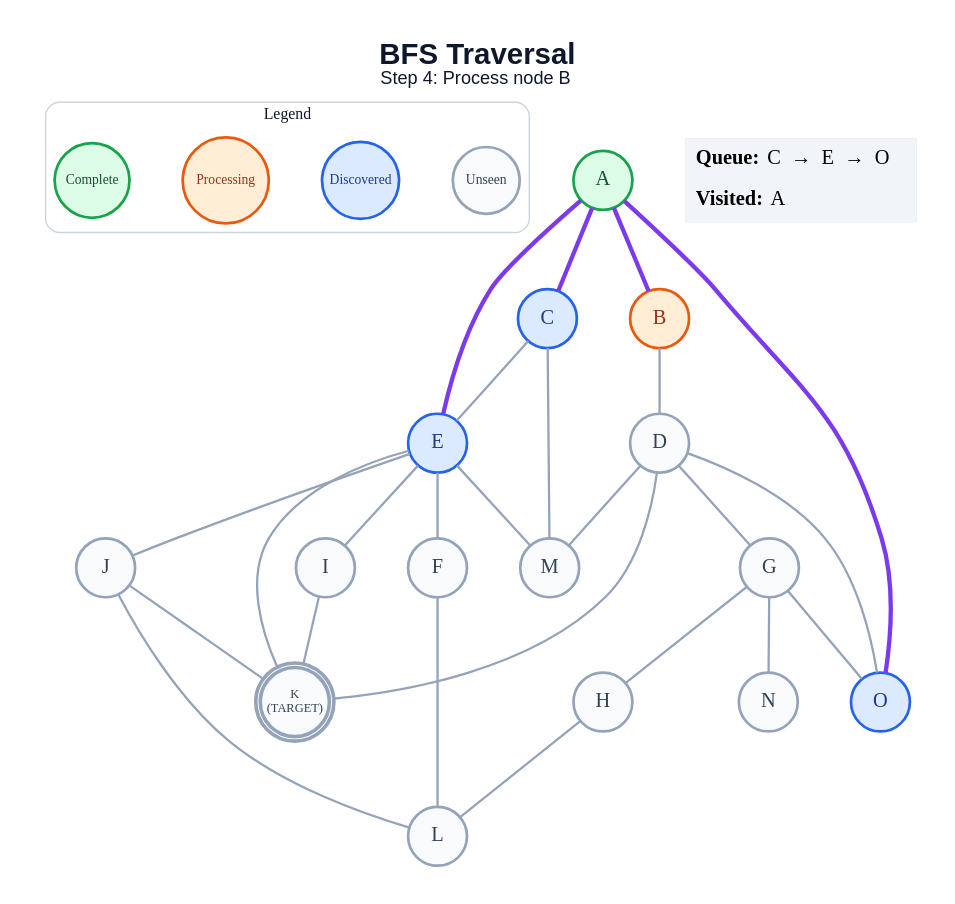
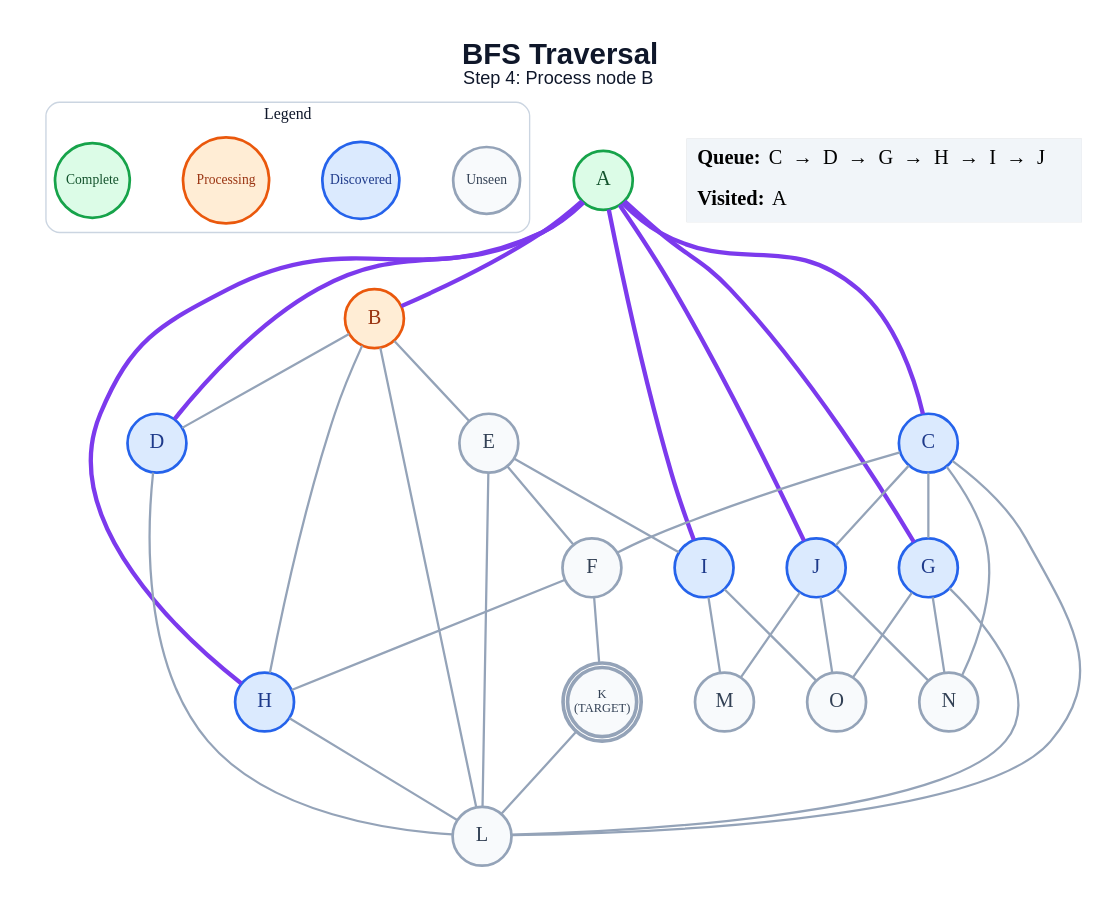
Before and after one commit to anon7238593-create/ai-slop: the diagram in generated/short-circuit/bfs/step_04.dot, drawn with Graphviz. The commit also changed 285 other files, not shown here.

```diff
--- a/generated/short-circuit/bfs/step_04.dot
+++ b/generated/short-circuit/bfs/step_04.dot
@@ -1,58 +1,66 @@
 graph traversal {
   graph [layout=dot, rankdir=TB, bgcolor="#FFFFFF", pad="0.35", nodesep="0.65", ranksep="0.8", fontname="Arial"];
   node [shape=circle, style="filled", fontname="Arial Bold", fontsize=18, width=0.72, fixedsize=true, penwidth=2.4];
   edge [color="#94A3B8", penwidth=2.0];
   label=<<B>BFS Traversal</B><BR/><FONT POINT-SIZE="16">Step 4: Process node B</FONT>>; labelloc="t"; fontsize=26; fontname="Arial"; fontcolor="#0F172A";
   subgraph cluster_legend { label="Legend"; color="#CBD5E1"; penwidth=1.2; style="rounded"; fontsize=14; fontname="Arial Bold";
     key_unseen [label="Unseen", fillcolor="#F8FAFC", color="#94A3B8", fontcolor="#334155", fontsize=12, width=0.82];
     key_frontier [label="Discovered", fillcolor="#DBEAFE", color="#2563EB", fontcolor="#1E3A8A", fontsize=12, width=0.95];
     key_current [label="Processing", fillcolor="#FFEDD5", color="#EA580C", fontcolor="#9A3412", fontsize=12, width=1.05];
     key_done [label="Complete", fillcolor="#DCFCE7", color="#16A34A", fontcolor="#14532D", fontsize=12, width=0.92];
     { rank=same; key_unseen; key_frontier; key_current; key_done; }
   }
   A [label="A", fillcolor="#DCFCE7", color="#16A34A", fontcolor="#14532D", peripheries=1, penwidth=2.4];
   B [label="B", fillcolor="#FFEDD5", color="#EA580C", fontcolor="#9A3412", peripheries=1, penwidth=2.4];
   C [label="C", fillcolor="#DBEAFE", color="#2563EB", fontcolor="#1E3A8A", peripheries=1, penwidth=2.4];
-  D [label="D", fillcolor="#F8FAFC", color="#94A3B8", fontcolor="#334155", peripheries=1, penwidth=2.4];
-  E [label="E", fillcolor="#DBEAFE", color="#2563EB", fontcolor="#1E3A8A", peripheries=1, penwidth=2.4];
+  D [label="D", fillcolor="#DBEAFE", color="#2563EB", fontcolor="#1E3A8A", peripheries=1, penwidth=2.4];
+  E [label="E", fillcolor="#F8FAFC", color="#94A3B8", fontcolor="#334155", peripheries=1, penwidth=2.4];
   F [label="F", fillcolor="#F8FAFC", color="#94A3B8", fontcolor="#334155", peripheries=1, penwidth=2.4];
-  G [label="G", fillcolor="#F8FAFC", color="#94A3B8", fontcolor="#334155", peripheries=1, penwidth=2.4];
-  H [label="H", fillcolor="#F8FAFC", color="#94A3B8", fontcolor="#334155", peripheries=1, penwidth=2.4];
-  I [label="I", fillcolor="#F8FAFC", color="#94A3B8", fontcolor="#334155", peripheries=1, penwidth=2.4];
-  J [label="J", fillcolor="#F8FAFC", color="#94A3B8", fontcolor="#334155", peripheries=1, penwidth=2.4];
+  G [label="G", fillcolor="#DBEAFE", color="#2563EB", fontcolor="#1E3A8A", peripheries=1, penwidth=2.4];
+  H [label="H", fillcolor="#DBEAFE", color="#2563EB", fontcolor="#1E3A8A", peripheries=1, penwidth=2.4];
+  I [label="I", fillcolor="#DBEAFE", color="#2563EB", fontcolor="#1E3A8A", peripheries=1, penwidth=2.4];
+  J [label="J", fillcolor="#DBEAFE", color="#2563EB", fontcolor="#1E3A8A", peripheries=1, penwidth=2.4];
   K [label="K\n(TARGET)", fillcolor="#F8FAFC", color="#94A3B8", fontcolor="#334155", peripheries=2, penwidth=3.2, fontsize=11, width=0.85, height=0.85];
   L [label="L", fillcolor="#F8FAFC", color="#94A3B8", fontcolor="#334155", peripheries=1, penwidth=2.4];
   M [label="M", fillcolor="#F8FAFC", color="#94A3B8", fontcolor="#334155", peripheries=1, penwidth=2.4];
   N [label="N", fillcolor="#F8FAFC", color="#94A3B8", fontcolor="#334155", peripheries=1, penwidth=2.4];
-  O [label="O", fillcolor="#DBEAFE", color="#2563EB", fontcolor="#1E3A8A", peripheries=1, penwidth=2.4];
+  O [label="O", fillcolor="#F8FAFC", color="#94A3B8", fontcolor="#334155", peripheries=1, penwidth=2.4];
   A -- B [color="#7C3AED", penwidth=3.8];
   A -- C [color="#7C3AED", penwidth=3.8];
-  A -- E [color="#7C3AED", penwidth=3.8];
-  A -- O [color="#7C3AED", penwidth=3.8];
+  A -- D [color="#7C3AED", penwidth=3.8];
+  A -- G [color="#7C3AED", penwidth=3.8];
+  A -- H [color="#7C3AED", penwidth=3.8];
+  A -- I [color="#7C3AED", penwidth=3.8];
+  A -- J [color="#7C3AED", penwidth=3.8];
   B -- D;
-  C -- E;
-  C -- M;
-  D -- G;
-  D -- K;
-  D -- M;
-  D -- O;
+  B -- E;
+  B -- H;
+  B -- L;
+  C -- F;
+  C -- G;
+  C -- J;
+  C -- L;
+  C -- N;
+  D -- L;
   E -- F;
   E -- I;
-  E -- J;
-  E -- K;
-  E -- M;
-  F -- L;
-  G -- H;
+  E -- L;
+  F -- H;
+  F -- K;
+  G -- L;
   G -- N;
   G -- O;
   H -- L;
-  I -- K;
-  J -- K;
-  J -- L;
+  I -- M;
+  I -- O;
+  J -- M;
+  J -- N;
+  J -- O;
+  K -- L;
   status [shape=plain, fixedsize=false, width=0, height=0, margin=0, label=<
     <TABLE BORDER="0" CELLBORDER="0" CELLPADDING="7" BGCOLOR="#F1F5F9">
-      <TR><TD ALIGN="LEFT"><B>Queue:</B> C  →  E  →  O</TD></TR>
+      <TR><TD ALIGN="LEFT"><B>Queue:</B> C  →  D  →  G  →  H  →  I  →  J</TD></TR>
       <TR><TD ALIGN="LEFT"><B>Visited:</B> A</TD></TR>
     </TABLE>
   >];
 }
```
